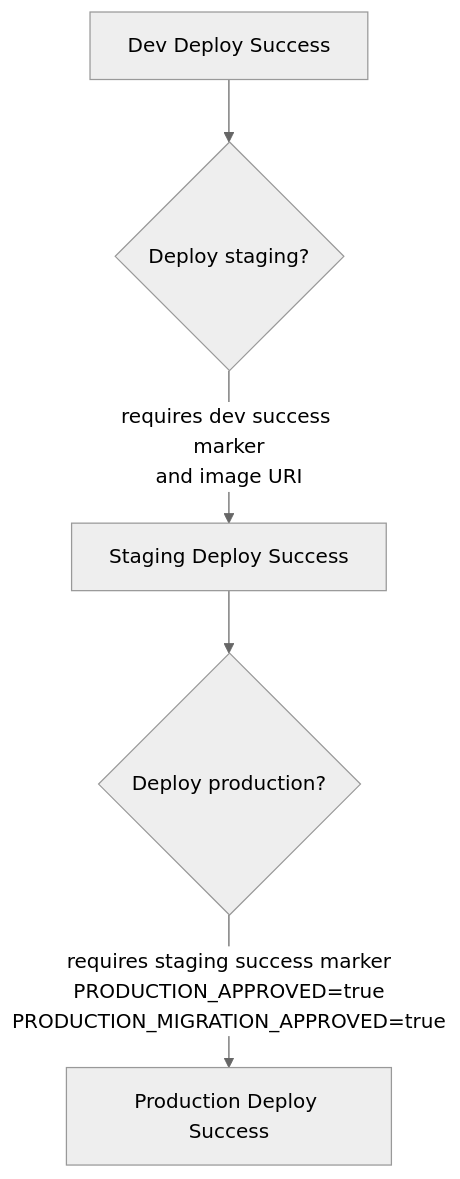
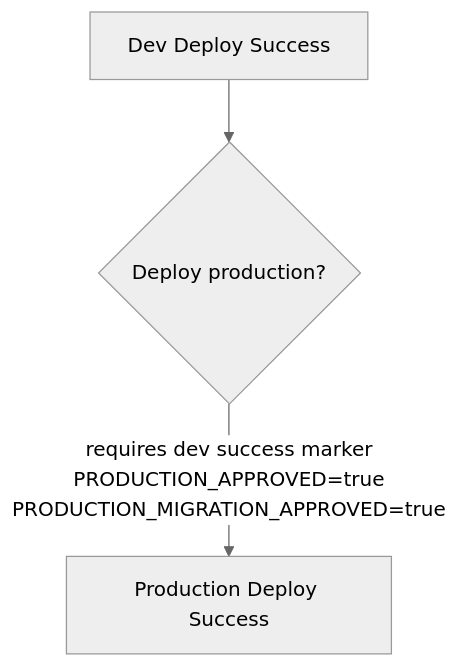
One commit to miljimo/rollfinders changed the second of 3 diagrams in docs/architecture/deployment-flow.md. Above: the diagram before and after it, drawn with Mermaid (neutral theme). The commit also changed other lines of this file and 26 other files, not shown here.

````diff
--- a/docs/architecture/deployment-flow.md
+++ b/docs/architecture/deployment-flow.md
@@ -52,13 +51,9 @@
 ```mermaid
 flowchart TD
   dev[Dev Deploy Success]
-  staging_check{Deploy staging?}
-  staging[Staging Deploy Success]
   prod_check{Deploy production?}
   prod[Production Deploy Success]
 
-  dev --> staging_check
-  staging_check -->|requires dev success marker<br/>and image URI| staging
-  staging --> prod_check
-  prod_check -->|requires staging success marker<br/>PRODUCTION_APPROVED=true<br/>PRODUCTION_MIGRATION_APPROVED=true| prod
+  dev --> prod_check
+  prod_check -->|requires dev success marker<br/>PRODUCTION_APPROVED=true<br/>PRODUCTION_MIGRATION_APPROVED=true| prod
 ```
````
